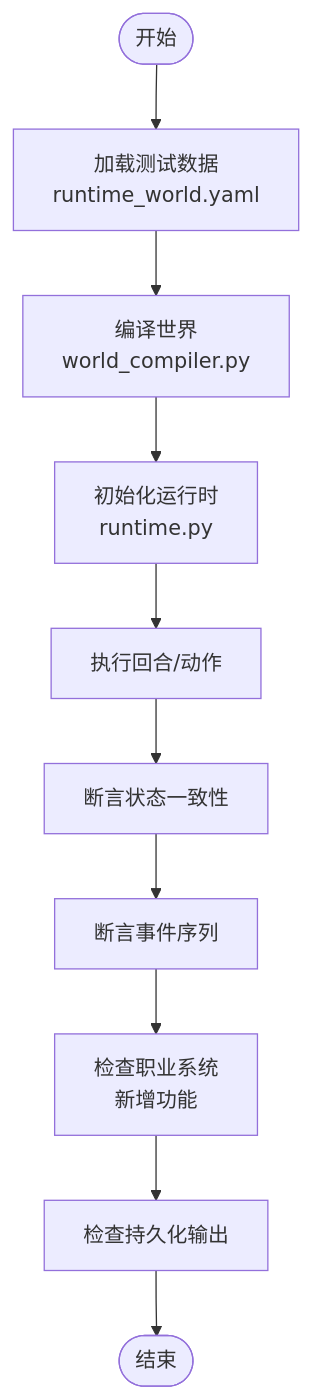
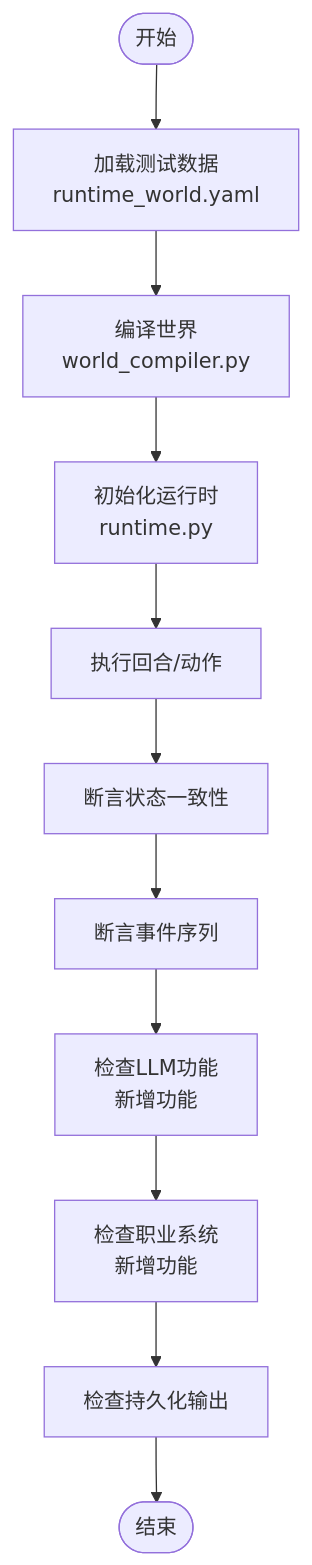
One commit to Ivandanslespace/thegreatnovel changed the third of 4 diagrams in .qoder/repowiki/zh/content/测试指南.md. Above: the diagram before and after it, drawn with Mermaid. The commit also changed other lines of this file and 64 other files, not shown here.

````diff
--- a/.qoder/repowiki/zh/content/测试指南.md
+++ b/.qoder/repowiki/zh/content/测试指南.md
@@ -241,12 +257,13 @@
 ```mermaid
 flowchart TD
 Start(["开始"]) --> LoadFixture["加载测试数据<br/>runtime_world.yaml"]
 LoadFixture --> CompileWorld["编译世界<br/>world_compiler.py"]
 CompileWorld --> InitRuntime["初始化运行时<br/>runtime.py"]
 InitRuntime --> ExecuteTurns["执行回合/动作"]
 ExecuteTurns --> CheckState["断言状态一致性"]
 CheckState --> CheckEvents["断言事件序列"]
-CheckEvents --> CheckProfessions["检查职业系统<br/>新增功能"]
+CheckEvents --> CheckLLM["检查LLM功能<br/>新增功能"]
+CheckLLM --> CheckProfessions["检查职业系统<br/>新增功能"]
 CheckProfessions --> PersistCheck["检查持久化输出"]
 PersistCheck --> End(["结束"])
 ```
````
